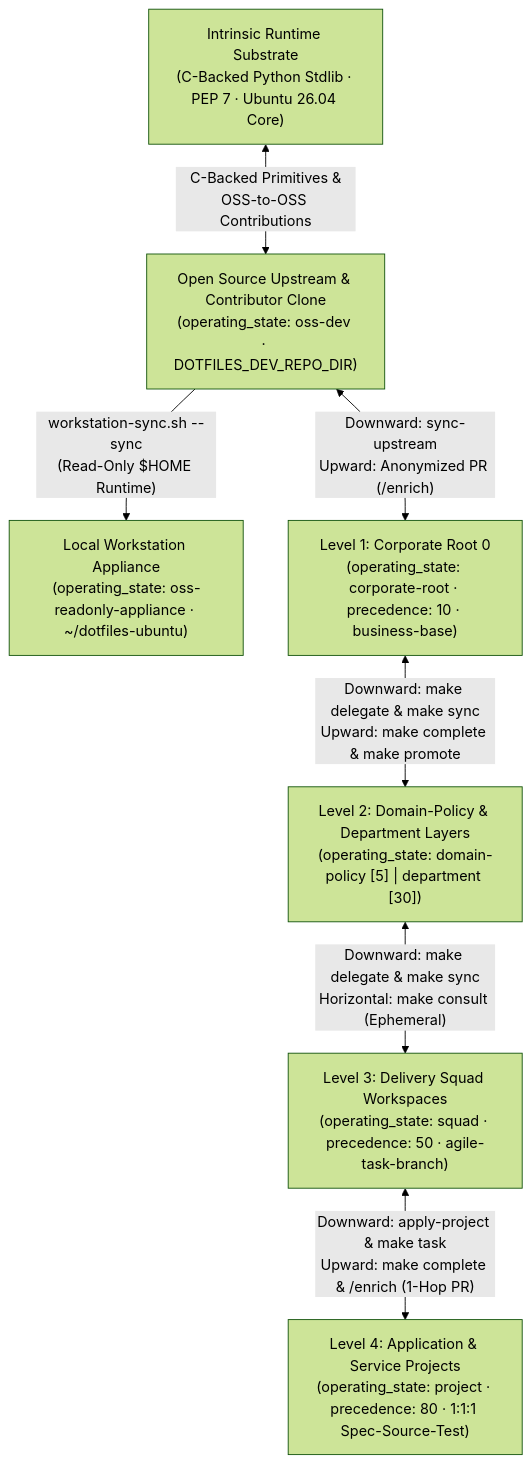
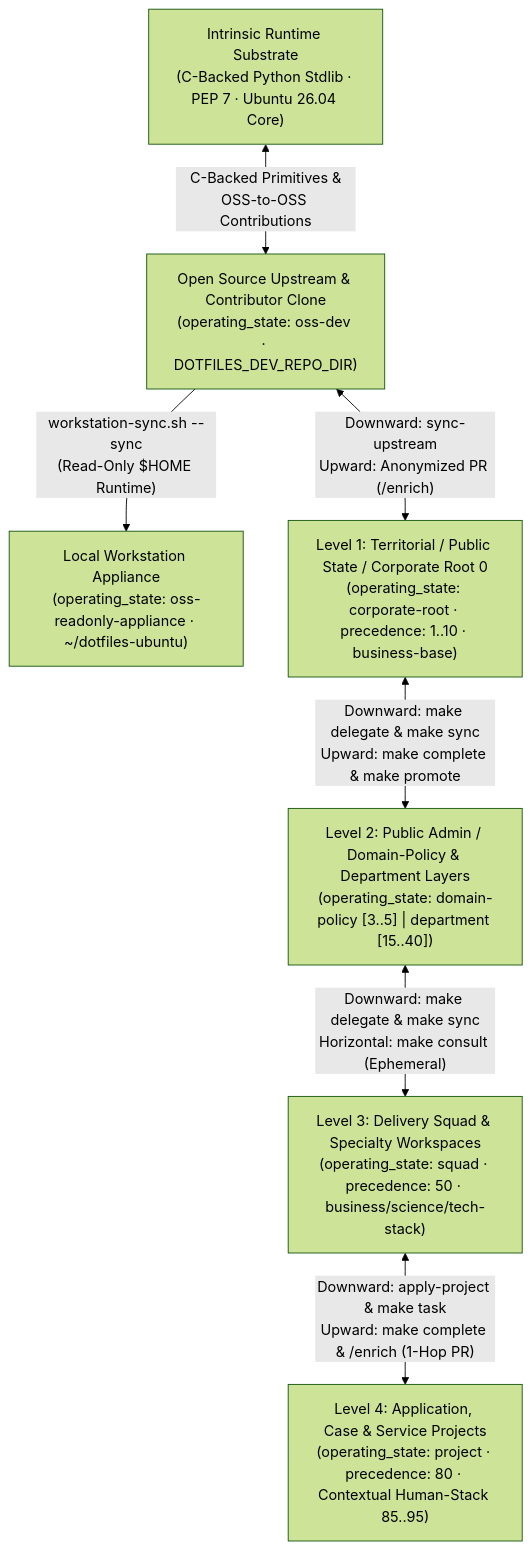
Before and after one commit to mtwuser/dotfiles-ubuntu: the first of 3 diagrams in README.md, drawn with Mermaid (forest theme). The commit also changed other lines of this file and 19 other files, not shown here.

Commit message:
feat(templates): promote task-branch workflow to human-core and replace squad-stack with science-stack

````diff
--- a/README.md
+++ b/README.md
@@ -74,17 +74,17 @@
 ```mermaid
 flowchart TD
     SUB["Intrinsic Runtime Substrate\n(C-Backed Python Stdlib · PEP 7 · Ubuntu 26.04 Core)"]
     OSS["Open Source Upstream & Contributor Clone\n(operating_state: oss-dev · DOTFILES_DEV_REPO_DIR)"]
     APP["Local Workstation Appliance\n(operating_state: oss-readonly-appliance · ~/dotfiles-ubuntu)"]
-    CORP["Level 1: Corporate Root 0\n(operating_state: corporate-root · precedence: 10 · business-base)"]
-    DEPT["Level 2: Domain-Policy & Department Layers\n(operating_state: domain-policy [5] | department [30])"]
-    SQUAD["Level 3: Delivery Squad Workspaces\n(operating_state: squad · precedence: 50 · agile-task-branch)"]
-    PROJ["Level 4: Application & Service Projects\n(operating_state: project · precedence: 80 · 1:1:1 Spec-Source-Test)"]
+    CORP["Level 1: Territorial / Public State / Corporate Root 0\n(operating_state: corporate-root · precedence: 1..10 · business-base)"]
+    DEPT["Level 2: Public Admin / Domain-Policy & Department Layers\n(operating_state: domain-policy [3..5] | department [15..40])"]
+    SQUAD["Level 3: Delivery Squad & Specialty Workspaces\n(operating_state: squad · precedence: 50 · business/science/tech-stack)"]
+    PROJ["Level 4: Application, Case & Service Projects\n(operating_state: project · precedence: 80 · Contextual Human-Stack 85..95)"]
 
     SUB <-->|"C-Backed Primitives &\nOSS-to-OSS Contributions"| OSS
     OSS -->|"workstation-sync.sh --sync\n(Read-Only $HOME Runtime)"| APP
     OSS <-->|"Downward: sync-upstream\nUpward: Anonymized PR (/enrich)"| CORP
     CORP <-->|"Downward: make delegate & make sync\nUpward: make complete & make promote"| DEPT
     DEPT <-->|"Downward: make delegate & make sync\nHorizontal: make consult (Ephemeral)"| SQUAD
     SQUAD <-->|"Downward: apply-project & make task\nUpward: make complete & /enrich (1-Hop PR)"| PROJ
 ```
````
